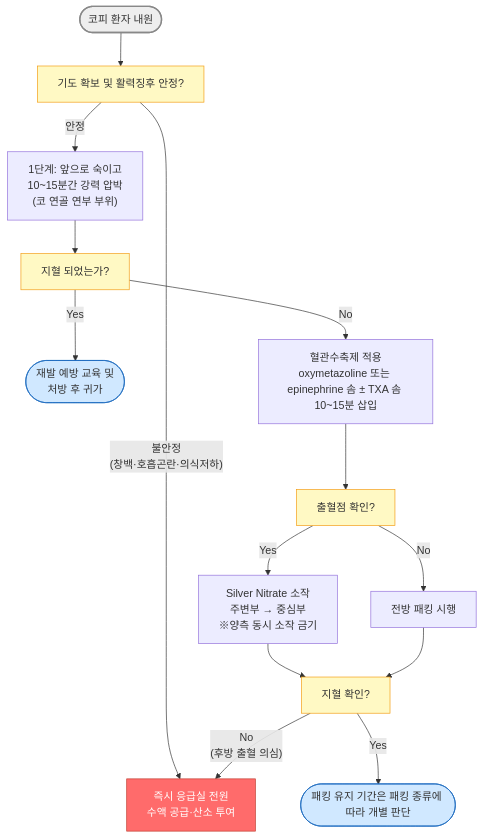
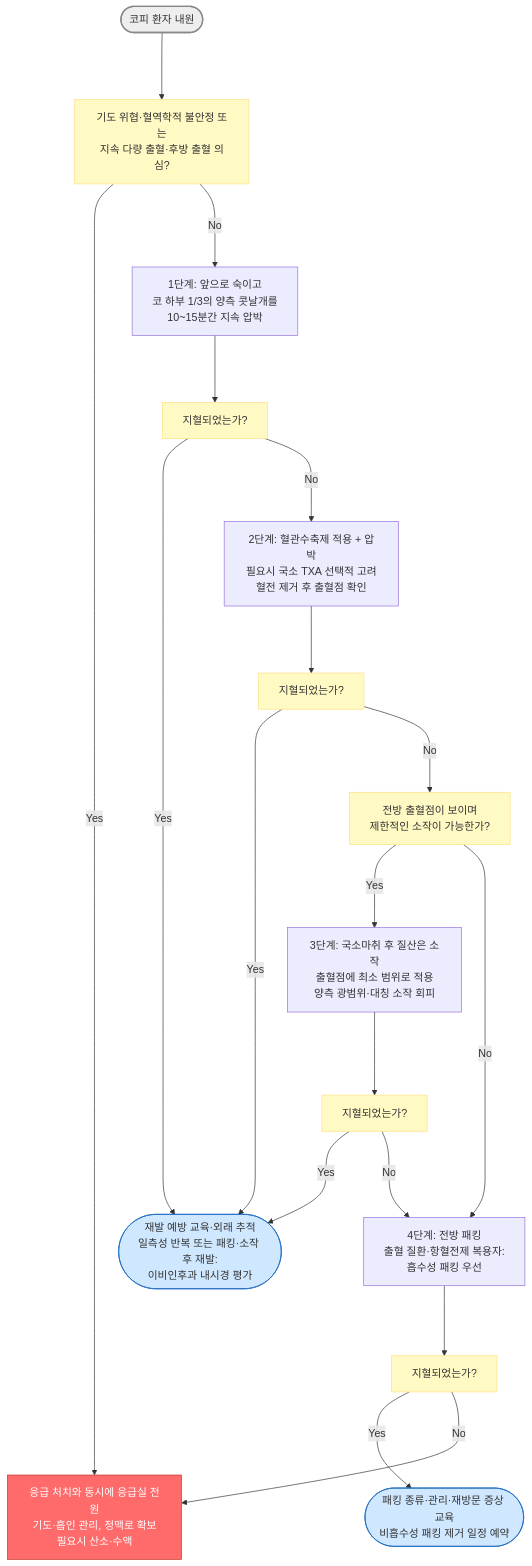
The diagram in 222_/050_-epistaxis.md (familyoh77/familyoh77), drawn with Mermaid before and after one commit. The commit also changed other lines of this file, not shown here.

````diff
--- a/222_/050_-epistaxis.md
+++ b/222_/050_-epistaxis.md
@@ -116,24 +126,27 @@
 ```mermaid
 graph TD
-    A(["코피 환자 내원"]) --> B["기도 확보 및 활력징후 안정?"] 
-    B -- "불안정
-    (창백·호흡곤란·의식저하)" --> C["즉시 응급실 전원<br/>수액 공급·산소 투여"]
-    B -- "안정" --> D["1단계: 앞으로 숙이고 <br/>10~15분간 강력 압박<br/>(코 연골 연부 부위)"]
-    D --> E["지혈 되었는가?"]
-    E -- "Yes" --> F(["재발 예방 교육 및 <br/>처방 후 귀가"])
-    E -- "No" --> G["혈관수축제 적용\noxymetazoline 또는 epinephrine 솜 ± TXA 솜 10~15분 삽입"]
-    G --> H["출혈점 확인?"]
-    H -- "Yes" --> I["Silver Nitrate 소작<br/>주변부 → 중심부<br/>※양측 동시 소작 금기"]
-    H -- "No" --> J["전방 패킹 시행"]
-    I --> J2["지혈 확인?"]
-    J --> J2
-    J2 -- "Yes" --> K(["패킹 유지 기간은 패킹 종류에 따라 개별 판단"])
-    J2 -- "No\n(후방 출혈 의심)" --> C
+    A(["코피 환자 내원"]) ---> B["기도 위협·혈역학적 불안정 또는<br/>지속 다량 출혈·후방 출혈 의심?"]
+    B -- "Yes" ---> C["응급 처치와 동시에 응급실 전원<br/>기도·흡인 관리, 정맥로 확보<br/>필요시 산소·수액"]
+    B -- "No" ---> D["1단계: 앞으로 숙이고<br/>코 하부 1/3의 양측 콧날개를<br/>10~15분간 지속 압박"]
+    D ---> E["지혈되었는가?"]
+    E -- "Yes" ---> F(["재발 예방 교육·외래 추적<br/>일측성 반복 또는 패킹·소작 후 재발:<br/>이비인후과 내시경 평가"])
+    E -- "No" ---> G["2단계: 혈관수축제 적용 + 압박<br/>필요시 국소 TXA 선택적 고려<br/>혈전 제거 후 출혈점 확인"]
+    G ---> H["지혈되었는가?"]
+    H -- "Yes" ---> F
+    H -- "No" ---> I["전방 출혈점이 보이며<br/>제한적인 소작이 가능한가?"]
+    I -- "Yes" ---> J["3단계: 국소마취 후 질산은 소작<br/>출혈점에 최소 범위로 적용<br/>양측 광범위·대칭 소작 회피"]
+    I -- "No" ---> K["4단계: 전방 패킹<br/>출혈 질환·항혈전제 복용자:<br/>흡수성 패킹 우선"]
+    J ---> L["지혈되었는가?"]
+    L -- "Yes" ---> F
+    L -- "No" ---> K
+    K ---> M["지혈되었는가?"]
+    M -- "Yes" ---> N(["패킹 종류·관리·재방문 증상 교육<br/>비흡수성 패킹 제거 일정 예약"])
+    M -- "No" ---> C
 
     style A fill:#eeeeee,stroke:#888888,stroke-width:2px
     style C fill:#ff6b6b,stroke:#c0392b,color:#fff
     style F fill:#d0e8ff,stroke:#1a6abf
-    style K fill:#d0e8ff,stroke:#1a6abf    
-    classDef yellow fill:#fff9c4,stroke:#f39c12
-    class B,E,H,J2 yellow
+    style N fill:#d0e8ff,stroke:#1a6abf
+    classDef yellow fill:#fff9c4,stroke:#ffe082
+    class B,E,H,I,L,M yellow
 ```
````
